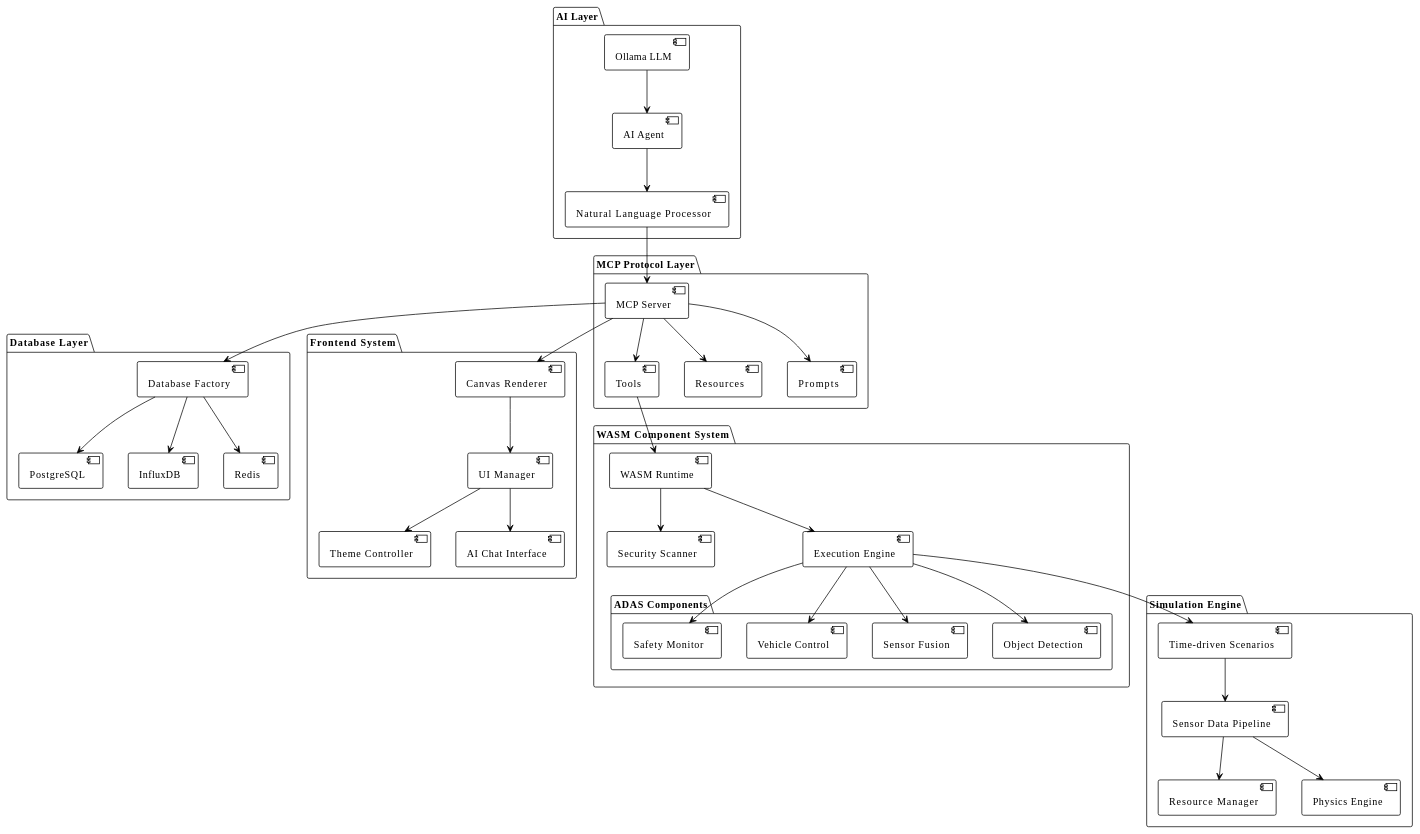
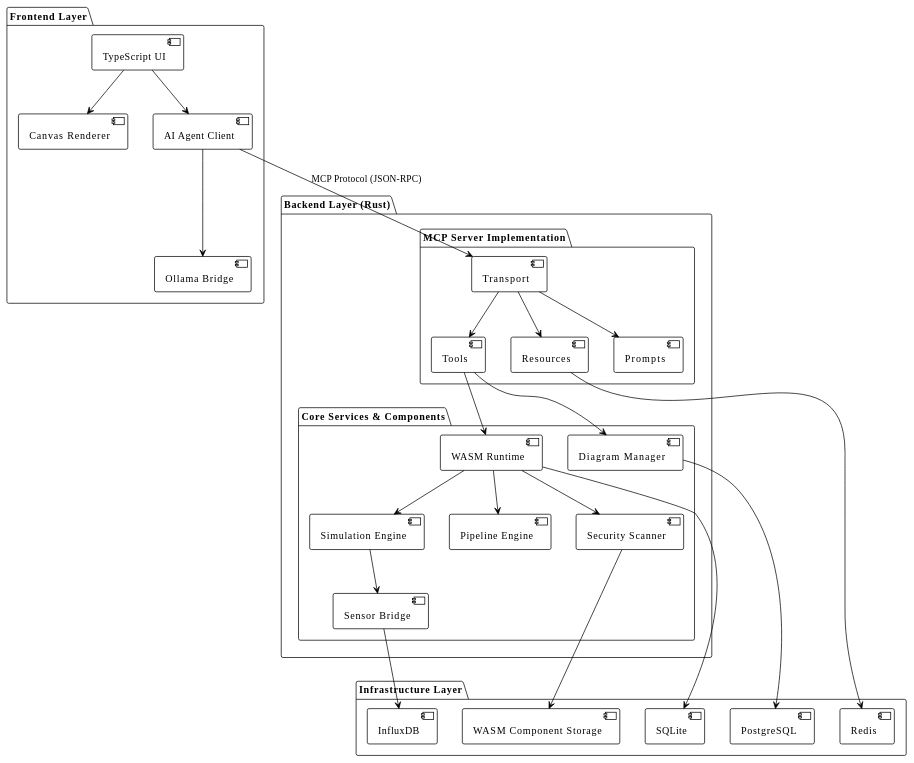
One commit to vkanta/glsp-mcp changed the first of 7 diagrams in docs/source/architecture/index.rst. Above: the diagram before and after it, drawn with PlantUML. The commit also changed other lines of this file and 6 other files, not shown here.

First line of the commit message:
docs: restructure architecture documentation with sphinx-needs integration

```diff
--- a/docs/source/architecture/index.rst
+++ b/docs/source/architecture/index.rst
@@ -27,84 +46,64 @@
 
    @startuml
    !theme plain
-   
-   package "AI Layer" {
-       [Ollama LLM] as ollama
-       [AI Agent] as agent
-       [Natural Language Processor] as nlp
+
+   package "Frontend Layer" {
+       [TypeScript UI] as ui
+       [Canvas Renderer] as canvas
+       [AI Agent Client] as ai_client
+       [Ollama Bridge] as ollama_bridge
    }
-   
-   package "MCP Protocol Layer" {
-       [MCP Server] as mcp_server
-       [Tools] as tools
-       [Resources] as resources
-       [Prompts] as prompts
-   }
-   
-   package "WASM Component System" {
-       [WASM Runtime] as wasm_runtime
-       [Security Scanner] as security
-       [Execution Engine] as execution
+
+   package "Backend Layer (Rust)" {
+       package "MCP Server Implementation" {
+           [Resources] as resources
+           [Tools] as tools
+           [Prompts] as prompts
+           [Transport] as transport
+       }
        
-       package "ADAS Components" {
-           [Object Detection] as obj_det
-           [Sensor Fusion] as sensor_fusion
-           [Vehicle Control] as vehicle_control
-           [Safety Monitor] as safety_monitor
+       package "Core Services & Components" {
+           [Diagram Manager] as diagram_mgr
+           [WASM Runtime] as wasm_runtime
+           [Simulation Engine] as sim_engine
+           [Pipeline Engine] as pipeline_engine
+           [Security Scanner] as security
+           [Sensor Bridge] as sensor_bridge
        }
    }
-   
-   package "Database Layer" {
+
+   package "Infrastructure Layer" {
        [PostgreSQL] as postgres
        [InfluxDB] as influx
        [Redis] as redis
-       [Database Factory] as db_factory
+       [SQLite] as sqlite
+       [WASM Component Storage] as wasm_storage
    }
+
+   ' Frontend connections
+   ui --> canvas
+   ui --> ai_client
+   ai_client --> ollama_bridge
    
-   package "Frontend System" {
-       [Canvas Renderer] as canvas
-       [UI Manager] as ui
-       [Theme Controller] as theme
-       [AI Chat Interface] as ai_chat
-   }
+   ' MCP Protocol connections
+   ai_client --> transport : "MCP Protocol (JSON-RPC)"
+   transport --> resources
+   transport --> tools
+   transport --> prompts
    
-   package "Simulation Engine" {
-       [Time-driven Scenarios] as scenarios
-       [Sensor Data Pipeline] as sensors
-       [Resource Manager] as resources_mgr
-       [Physics Engine] as physics
-   }
+   ' Backend service connections
+   tools --> diagram_mgr
+   tools --> wasm_runtime
+   wasm_runtime --> sim_engine
+   wasm_runtime --> pipeline_engine
+   wasm_runtime --> security
+   sim_engine --> sensor_bridge
    
-   ' Connections
-   ollama --> agent
-   agent --> nlp
-   nlp --> mcp_server
-   
-   mcp_server --> tools
-   mcp_server --> resources
-   mcp_server --> prompts
-   
-   tools --> wasm_runtime
-   wasm_runtime --> security
-   wasm_runtime --> execution
-   execution --> obj_det
-   execution --> sensor_fusion
-   execution --> vehicle_control
-   execution --> safety_monitor
-   
-   mcp_server --> db_factory
-   db_factory --> postgres
-   db_factory --> influx
-   db_factory --> redis
-   
-   mcp_server --> canvas
-   canvas --> ui
-   ui --> theme
-   ui --> ai_chat
-   
-   execution --> scenarios
-   scenarios --> sensors
-   sensors --> physics
-   sensors --> resources_mgr
-   
+   ' Database connections
+   diagram_mgr --> postgres
+   sensor_bridge --> influx
+   resources --> redis
+   wasm_runtime --> sqlite
+   security --> wasm_storage
+
    @enduml
```
